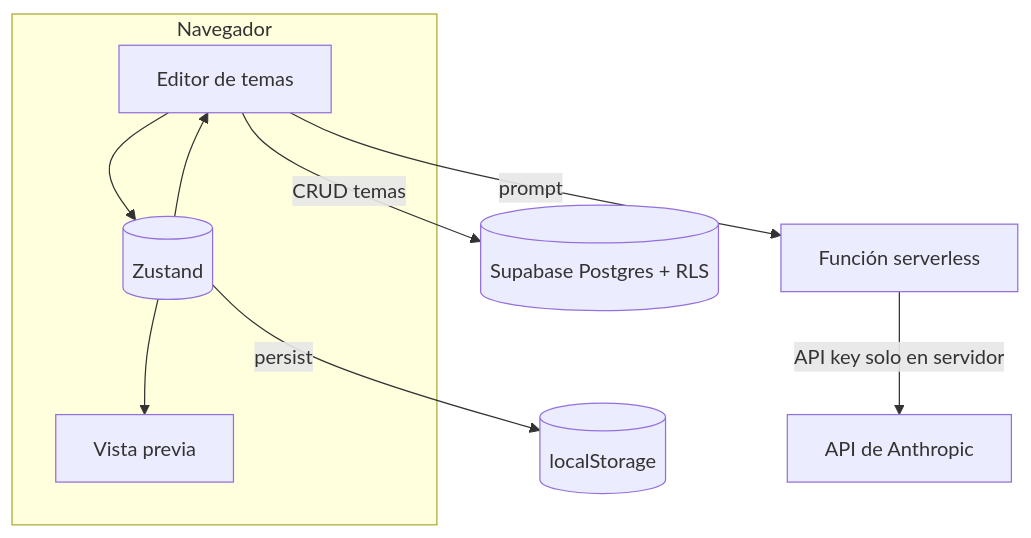
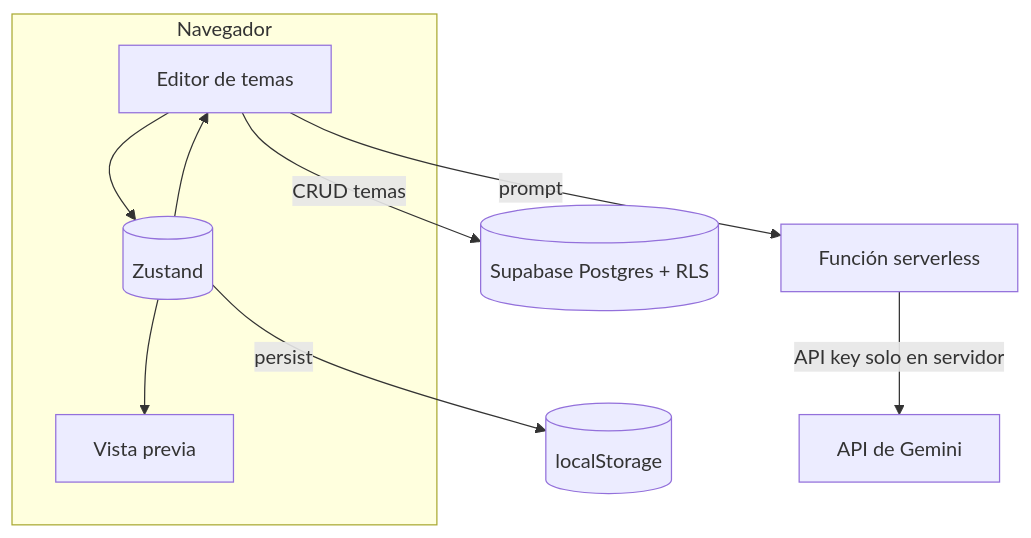
One commit to DanielCB096/theme-studio changed the first of 4 diagrams in docs/ARCHITECTURE.md. Above: the diagram before and after it, drawn with Mermaid. The commit also changed other lines of this file and 11 other files, not shown here.

````diff
--- a/docs/ARCHITECTURE.md
+++ b/docs/ARCHITECTURE.md
@@ -7,14 +7,14 @@
 ```mermaid
 flowchart TB
   subgraph Navegador
     Editor[Editor de temas]
     Preview[Vista previa]
     Editor --> Store[(Zustand)]
     Store --> Editor
     Store --> Preview
   end
   Store -->|persist| LS[(localStorage)]
   Editor -->|"CRUD temas"| SB[(Supabase Postgres + RLS)]
   Editor -->|"prompt"| FN[Función serverless]
-  FN -->|"API key solo en servidor"| ANT[API de Anthropic]
+  FN -->|"API key solo en servidor"| GEM[API de Gemini]
 ```
````
